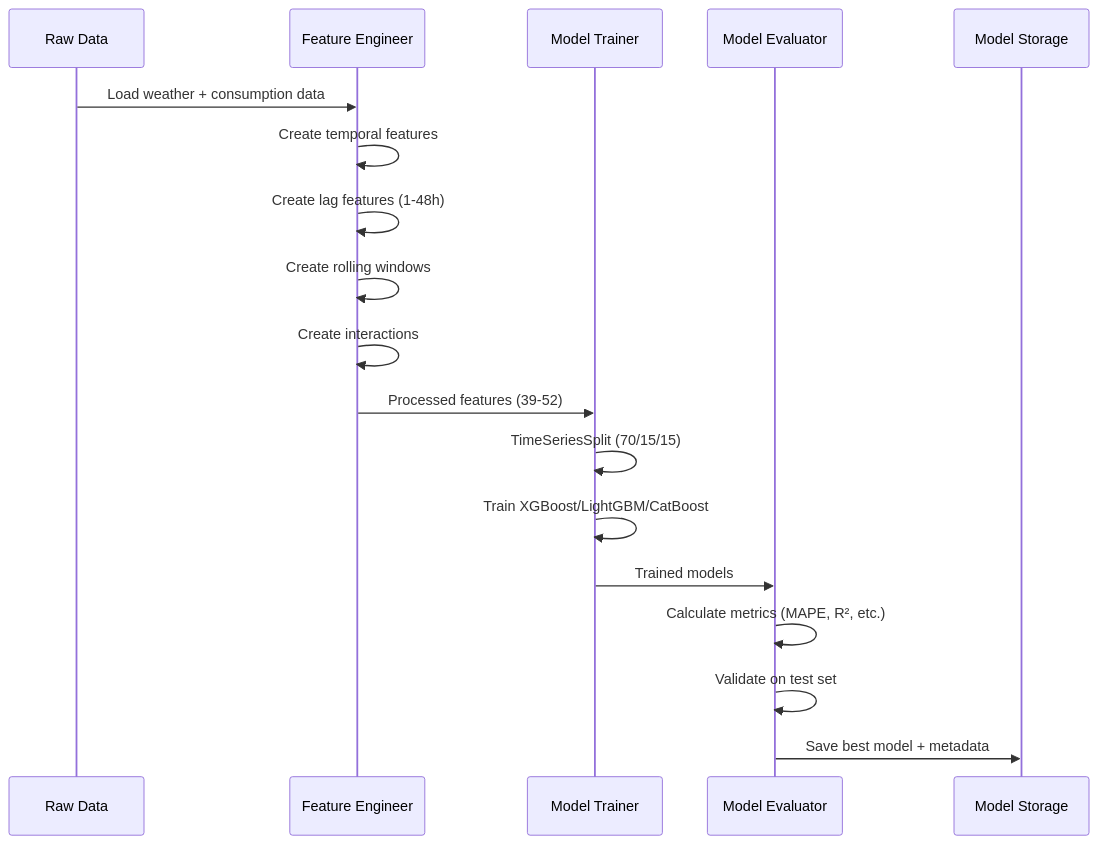
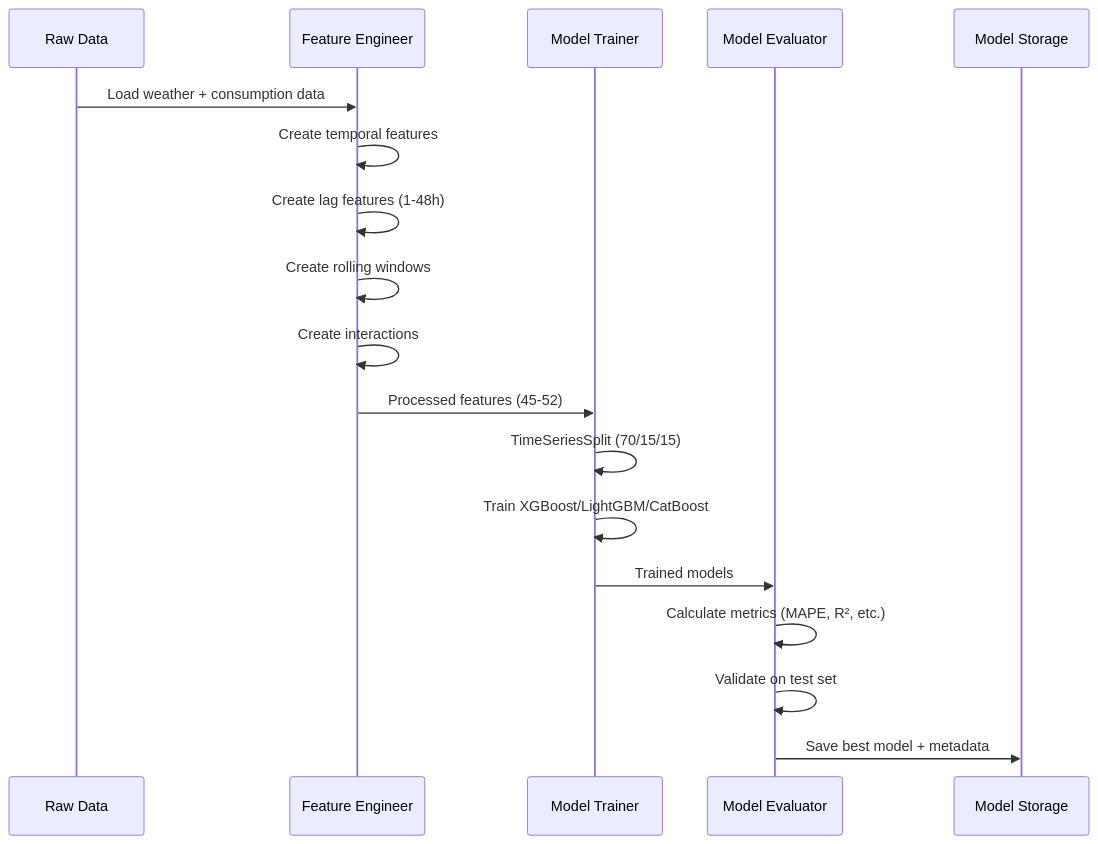
One commit to Pedrom2002/energy-forecast-pt changed the second of 5 diagrams in docs/ARCHITECTURE.md. Above: the diagram before and after it, drawn with Mermaid. The commit also changed other lines of this file and 14 other files, not shown here.

````diff
--- a/docs/ARCHITECTURE.md
+++ b/docs/ARCHITECTURE.md
@@ -55,23 +55,23 @@
 ```mermaid
 sequenceDiagram
     participant Raw as Raw Data
     participant FE as Feature Engineer
     participant Train as Model Trainer
     participant Eval as Model Evaluator
     participant Storage as Model Storage
 
     Raw->>FE: Load weather + consumption data
     FE->>FE: Create temporal features
     FE->>FE: Create lag features (1-48h)
     FE->>FE: Create rolling windows
     FE->>FE: Create interactions
-    FE->>Train: Processed features (39-52)
+    FE->>Train: Processed features (45-52)
 
     Train->>Train: TimeSeriesSplit (70/15/15)
     Train->>Train: Train XGBoost/LightGBM/CatBoost
     Train->>Eval: Trained models
 
     Eval->>Eval: Calculate metrics (MAPE, R², etc.)
     Eval->>Eval: Validate on test set
     Eval->>Storage: Save best model + metadata
 ```
````
